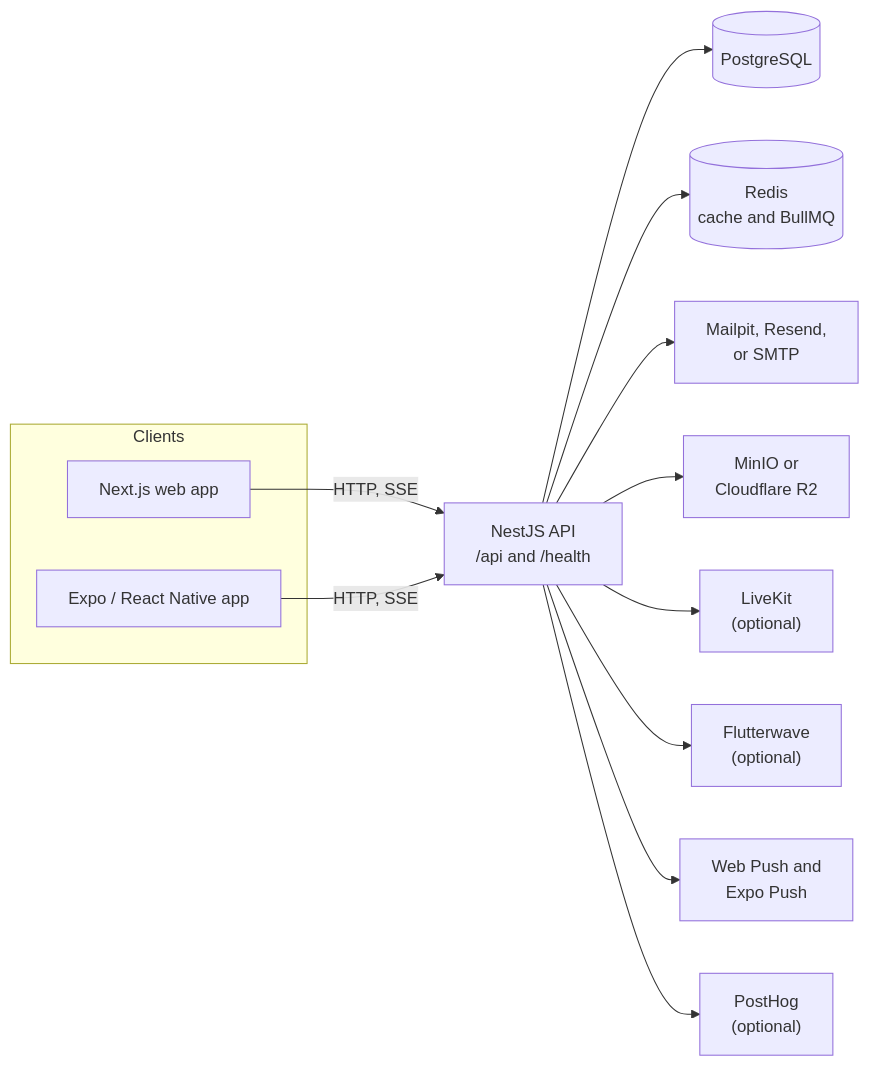
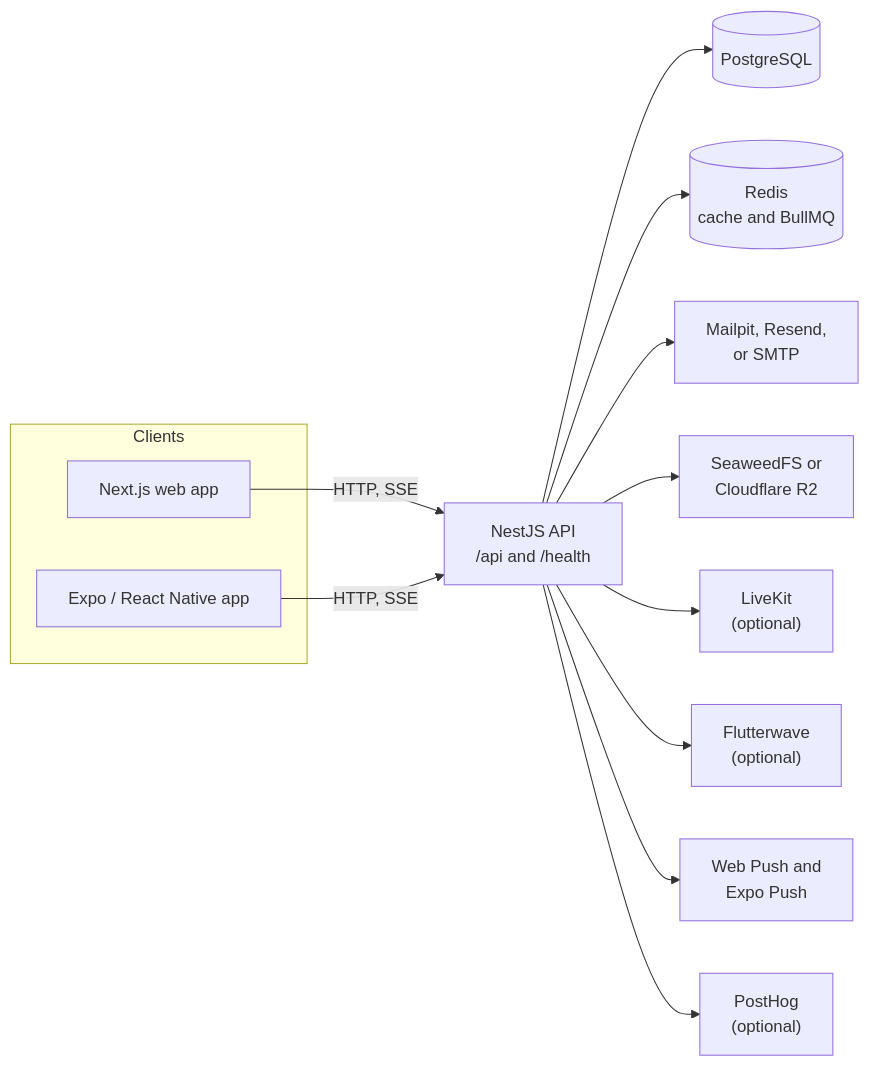
The first of 2 diagrams in docs/architecture.md (richard-kenneth/skillex), drawn with Mermaid before and after one commit. The commit also changed other lines of this file and 17 other files, not shown here.

First line of the commit message:
chore(dev): replace retired MinIO with SeaweedFS

````diff
--- a/docs/architecture.md
+++ b/docs/architecture.md
@@ -10,28 +10,28 @@
 ```mermaid
 flowchart LR
   subgraph Clients
     Web["Next.js web app"]
     Mobile["Expo / React Native app"]
   end
 
   API["NestJS API<br/>/api and /health"]
   DB[("PostgreSQL")]
   Redis[("Redis<br/>cache and BullMQ")]
   Email["Mailpit, Resend,<br/>or SMTP"]
-  Storage["MinIO or<br/>Cloudflare R2"]
+  Storage["SeaweedFS or<br/>Cloudflare R2"]
   LiveKit["LiveKit<br/>(optional)"]
   Payments["Flutterwave<br/>(optional)"]
   Push["Web Push and<br/>Expo Push"]
   Analytics["PostHog<br/>(optional)"]
 
   Web -->|HTTP, SSE| API
   Mobile -->|HTTP, SSE| API
   API --> DB
   API --> Redis
   API --> Email
   API --> Storage
   API --> LiveKit
   API --> Payments
   API --> Push
   API --> Analytics
 ```
````
